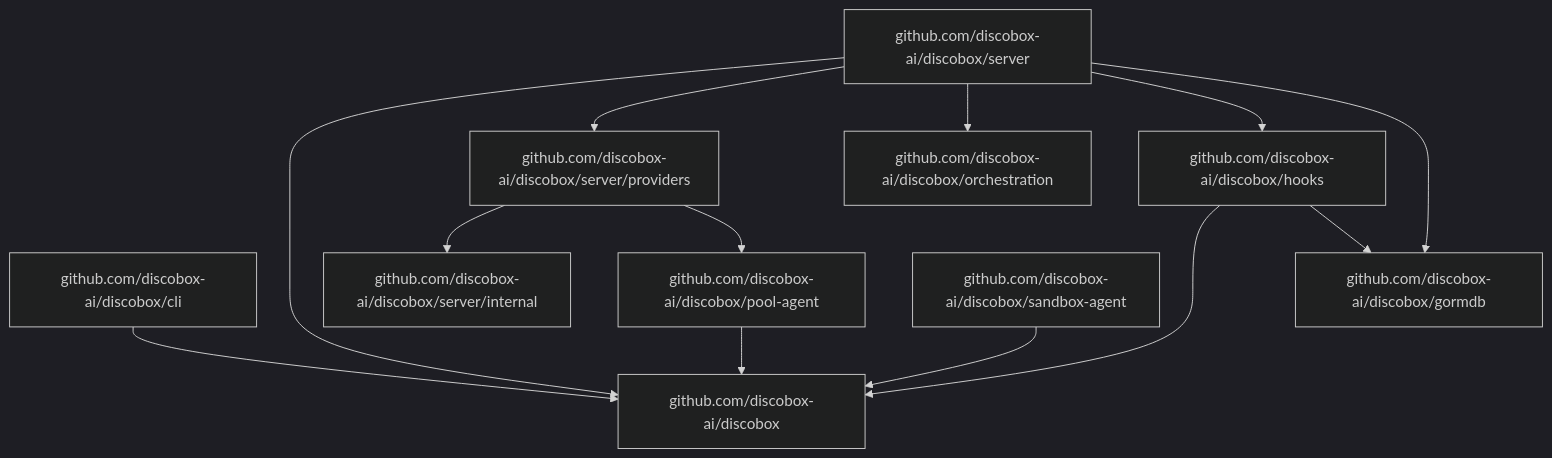
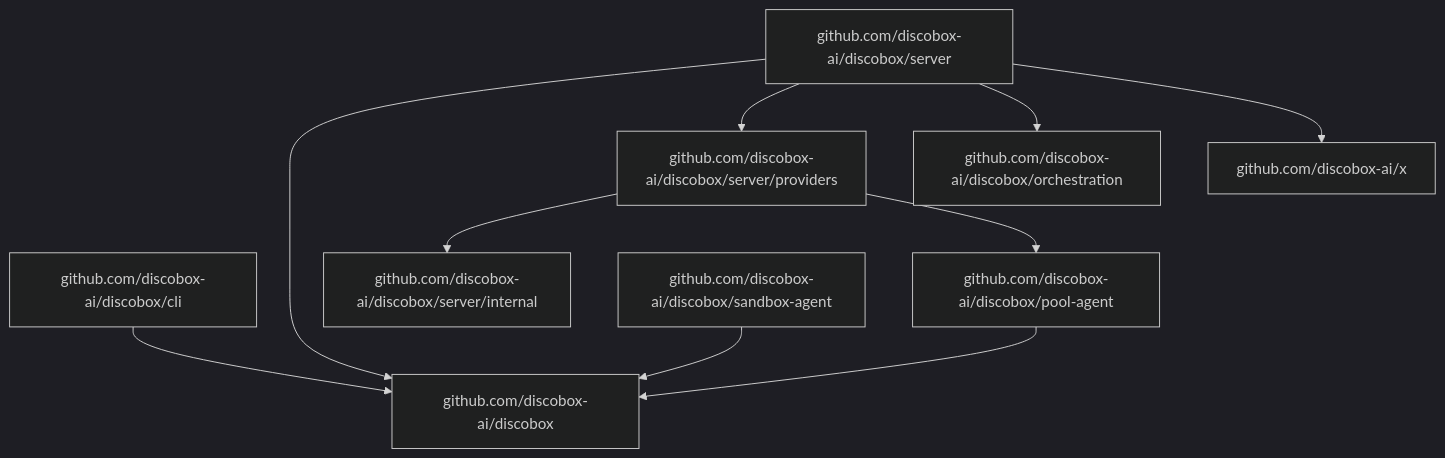
One commit to discobox-ai/discobox changed the second of 3 diagrams in DESIGN.md. Above: the diagram before and after it, drawn with Mermaid (dark theme). The commit also changed other lines of this file and 174 other files, not shown here.

````diff
--- a/DESIGN.md
+++ b/DESIGN.md
@@ -83,15 +83,12 @@
 ```mermaid
 flowchart TD
     cli["github.com/discobox-ai/discobox/cli"] --> root["github.com/discobox-ai/discobox"]
     server["github.com/discobox-ai/discobox/server"] --> root
     server --> providers["github.com/discobox-ai/discobox/server/providers"]
     server --> orchestration["github.com/discobox-ai/discobox/orchestration"]
-    server --> hooks["github.com/discobox-ai/discobox/hooks"]
-    server --> gormdb["github.com/discobox-ai/discobox/gormdb"]
-    hooks --> root
-    hooks --> gormdb
+    server --> x["github.com/discobox-ai/x"]
     providers --> serverInternal["github.com/discobox-ai/discobox/server/internal"]
     providers --> poolAgent["github.com/discobox-ai/discobox/pool-agent"]
     poolAgent --> root
     sandboxAgent["github.com/discobox-ai/discobox/sandbox-agent"] --> root
 ```
````
